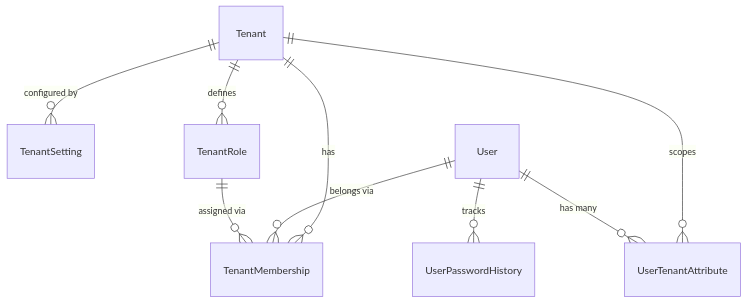
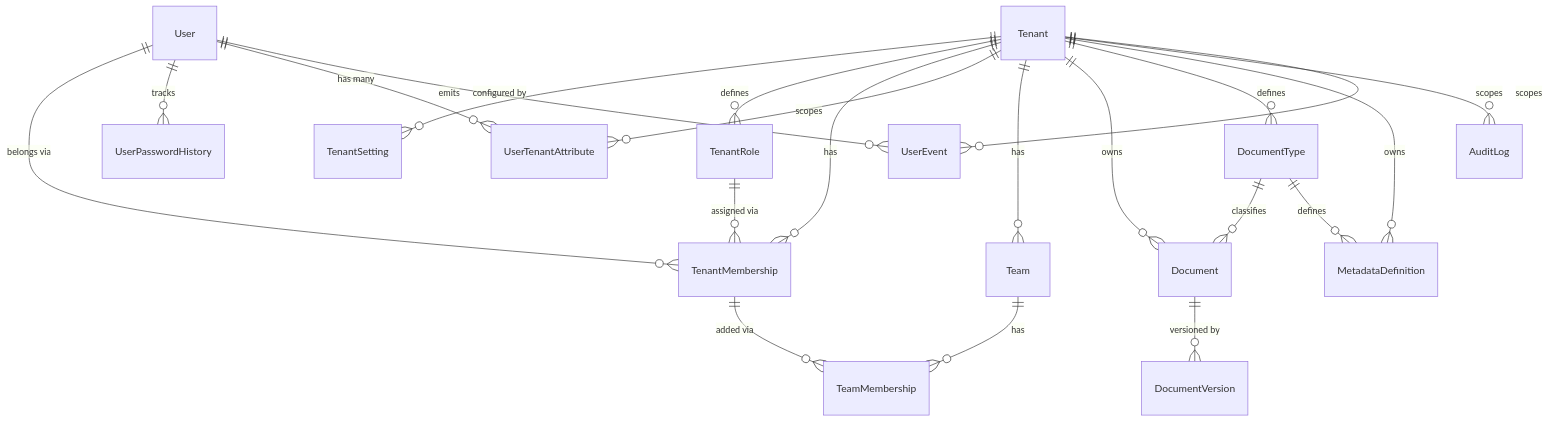
One commit to camercadop/drf-enterprise-information-platform changed the first of 11 diagrams in docs/data-model.md. Above: the diagram before and after it, drawn with Mermaid. The commit also changed other lines of this file and 30 other files, not shown here.

````diff
--- a/docs/data-model.md
+++ b/docs/data-model.md
@@ -7,11 +7,23 @@
 ```mermaid
 erDiagram
     Tenant ||--o{ TenantSetting : "configured by"
     Tenant ||--o{ TenantRole : "defines"
     Tenant ||--o{ TenantMembership : "has"
     Tenant ||--o{ UserTenantAttribute : "scopes"
+    Tenant ||--o{ Team : "has"
+    Tenant ||--o{ Document : "owns"
+    Tenant ||--o{ DocumentType : "defines"
+    Tenant ||--o{ MetadataDefinition : "owns"
+    Tenant ||--o{ AuditLog : "scopes"
+    Tenant ||--o{ UserEvent : "scopes"
     User ||--o{ TenantMembership : "belongs via"
     User ||--o{ UserPasswordHistory : "tracks"
     User ||--o{ UserTenantAttribute : "has many"
+    User ||--o{ UserEvent : "emits"
     TenantRole ||--o{ TenantMembership : "assigned via"
+    TenantMembership ||--o{ TeamMembership : "added via"
+    Team ||--o{ TeamMembership : "has"
+    DocumentType ||--o{ Document : "classifies"
+    DocumentType ||--o{ MetadataDefinition : "defines"
+    Document ||--o{ DocumentVersion : "versioned by"
 ```
````
